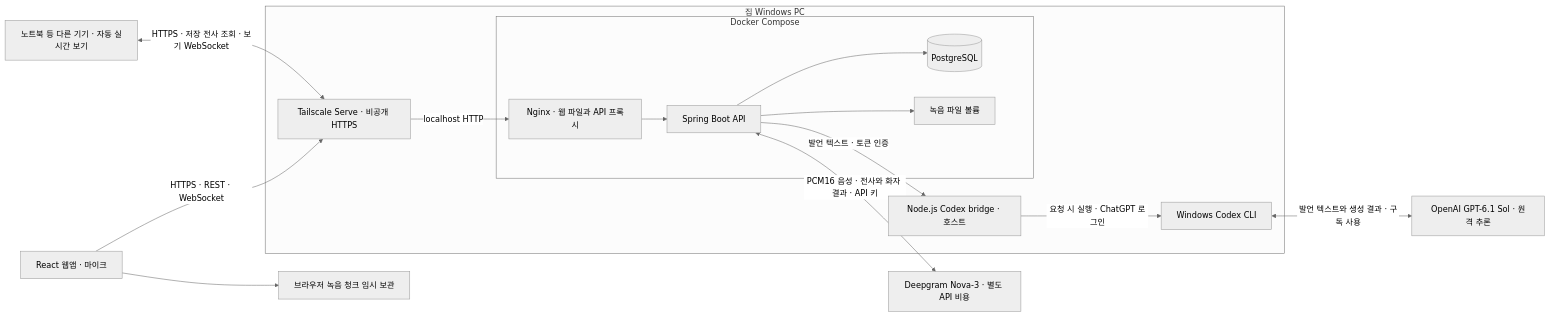
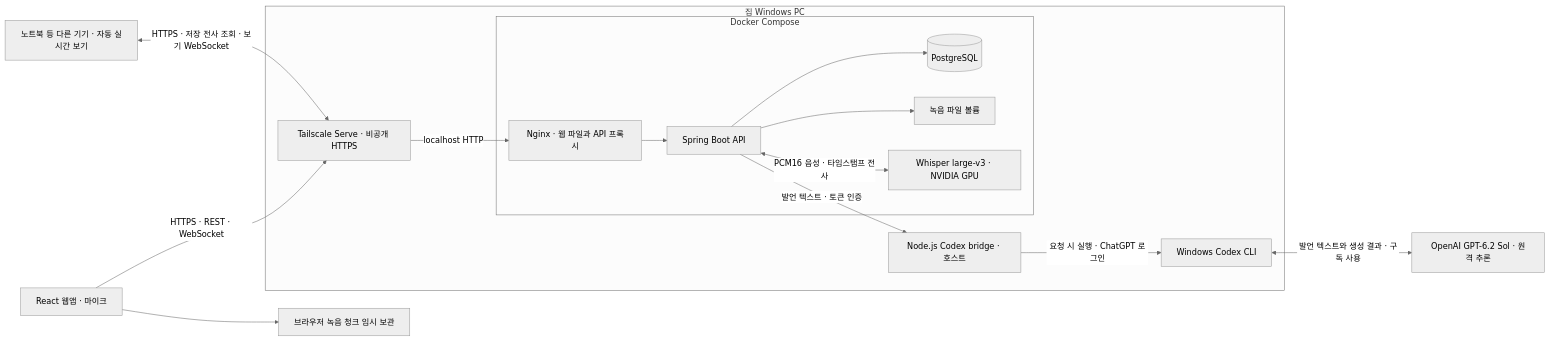
Before and after one commit to Iusto/meeting-note: the diagram in README.md, drawn with Mermaid (neutral theme). The commit also changed other lines of this file and 89 other files, not shown here.

````diff
--- a/README.md
+++ b/README.md
@@ -28,18 +37,18 @@
 ```mermaid
 flowchart LR
   Browser["React 웹앱 · 마이크"] -->|HTTPS · REST · WebSocket| VPN
   Browser --> Local["브라우저 녹음 청크 임시 보관"]
   Viewer["노트북 등 다른 기기 · 자동 실시간 보기"] <-->|HTTPS · 저장 전사 조회 · 보기 WebSocket| VPN
   subgraph PC["집 Windows PC"]
     VPN["Tailscale Serve · 비공개 HTTPS"] -->|localhost HTTP| Web
     subgraph Docker["Docker Compose"]
       Web["Nginx · 웹 파일과 API 프록시"] --> API["Spring Boot API"]
       API --> DB[(PostgreSQL)]
       API --> Audio["녹음 파일 볼륨"]
+      API <-->|PCM16 음성 · 타임스탬프 전사| Whisper["Whisper large-v3 · NVIDIA GPU"]
     end
     API -->|발언 텍스트 · 토큰 인증| Bridge["Node.js Codex bridge · 호스트"]
     Bridge -->|요청 시 실행 · ChatGPT 로그인| CLI["Windows Codex CLI"]
   end
-  API <-->|PCM16 음성 · 전사와 화자 결과 · API 키| DG["Deepgram Nova-3 · 별도 API 비용"]
-  CLI <-->|발언 텍스트와 생성 결과 · 구독 사용| AI["OpenAI GPT-6.1 Sol · 원격 추론"]
+  CLI <-->|발언 텍스트와 생성 결과 · 구독 사용| AI["OpenAI GPT-6.2 Sol · 원격 추론"]
 ```
````
